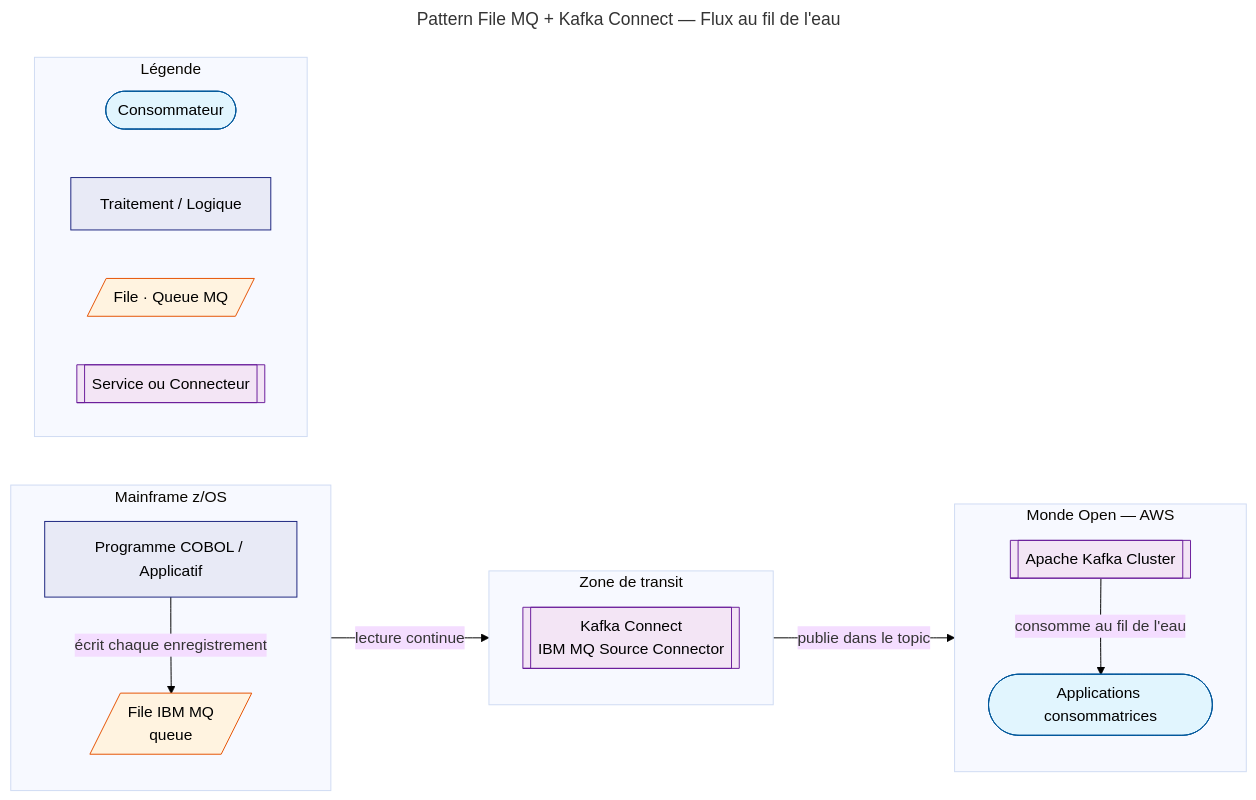
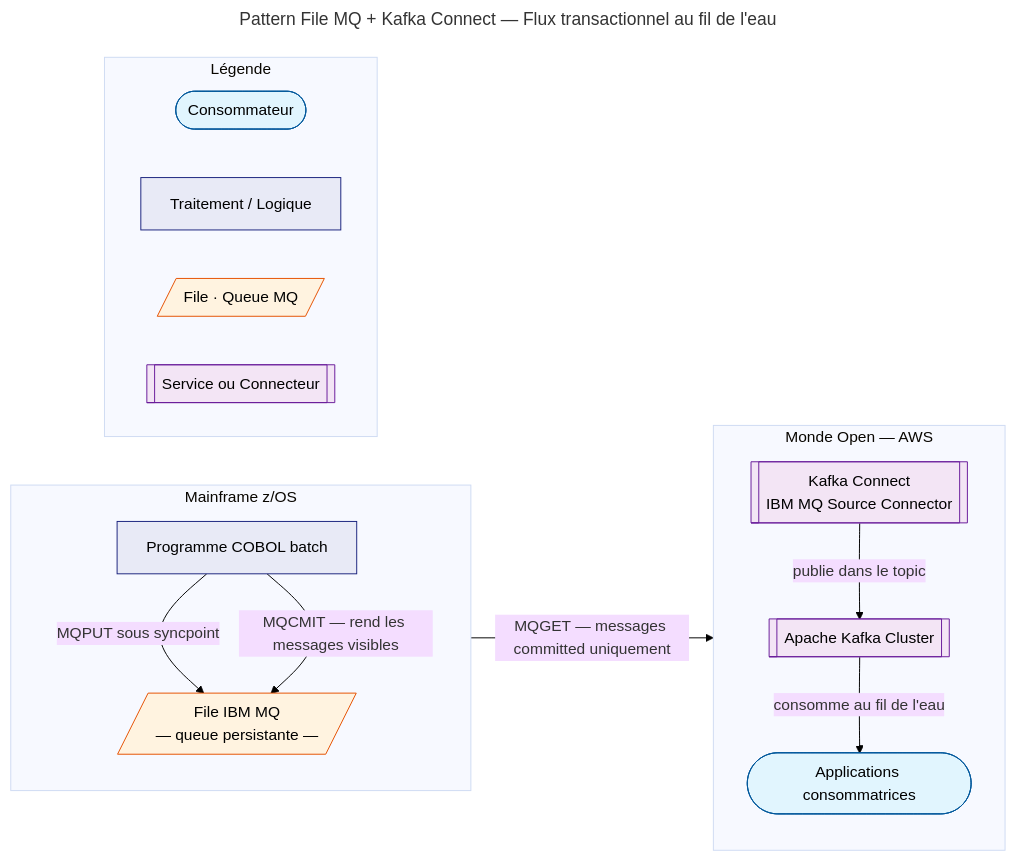
One commit to namnetes/alm_notes changed the second of 3 diagrams in docs/lcl/kafka/architecture-zos-kafka.md. Above: the diagram before and after it, drawn with Mermaid. The commit also changed other lines of this file, not shown here.

Commit message:
fix: rework section 5.5 MQ+Kafka Connect pattern with accurate technical content

````diff
--- a/docs/lcl/kafka/architecture-zos-kafka.md
+++ b/docs/lcl/kafka/architecture-zos-kafka.md
@@ -343,41 +357,38 @@
 ```mermaid
 ---
-title: Pattern File MQ + Kafka Connect — Flux au fil de l'eau
+title: Pattern File MQ + Kafka Connect — Flux transactionnel au fil de l'eau
 ---
 %%{init: {"theme": "base", "themeVariables": {"background": "#ffffff"}}}%%
 flowchart LR
     classDef startStop fill:#e1f5fe,stroke:#01579b,color:#000
     classDef logic     fill:#e8eaf6,stroke:#1a237e,color:#000
     classDef data      fill:#fff3e0,stroke:#e65100,color:#000
     classDef external  fill:#f3e5f5,stroke:#6a1b9a,color:#000
 
     subgraph MF["Mainframe z/OS"]
         direction TB
-        APP[Programme COBOL / Applicatif]:::logic
-        MQ[/File IBM MQ\nqueue/]:::data
-    end
-
-    subgraph BRIDGE["Zone de transit"]
-        direction TB
-        KC[[Kafka Connect\nIBM MQ Source Connector]]:::external
+        APP[Programme COBOL batch]:::logic
+        MQ[/File IBM MQ\n— queue persistante —/]:::data
     end
 
     subgraph OPEN["Monde Open — AWS"]
         direction TB
+        KC[[Kafka Connect\nIBM MQ Source Connector]]:::external
         KK[[Apache Kafka Cluster]]:::external
         CONS([Applications consommatrices]):::startStop
     end
 
-    APP -->|écrit chaque enregistrement| MQ
-    MQ -->|lecture continue| KC
+    APP -->|MQPUT sous syncpoint| MQ
+    APP -->|MQCMIT — rend les messages visibles| MQ
+    MQ -->|MQGET — messages committed uniquement| KC
     KC -->|publie dans le topic| KK
     KK -->|consomme au fil de l'eau| CONS
 
     subgraph Legend["Légende"]
         direction LR
         L1([Consommateur]):::startStop
         L2[Traitement / Logique]:::logic
         L3[/File · Queue MQ/]:::data
         L4[[Service ou Connecteur]]:::external
     end
 ```
````
